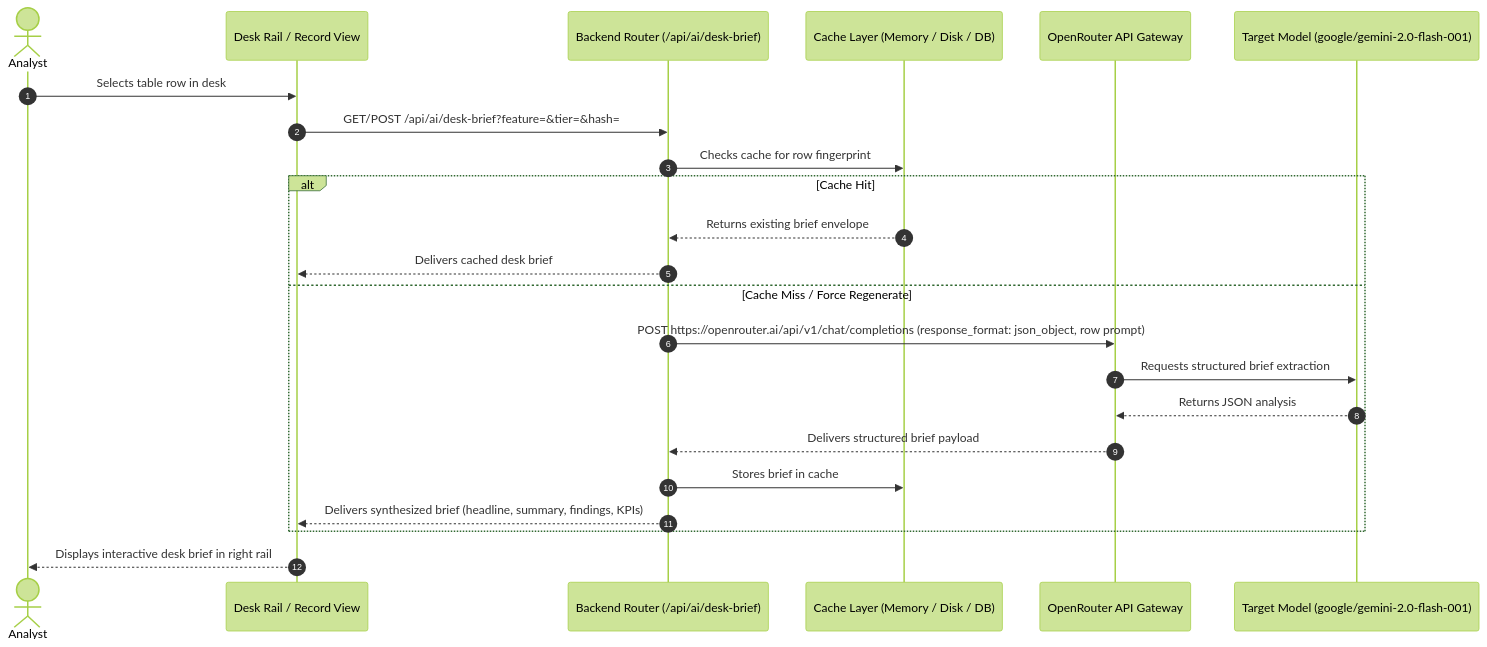
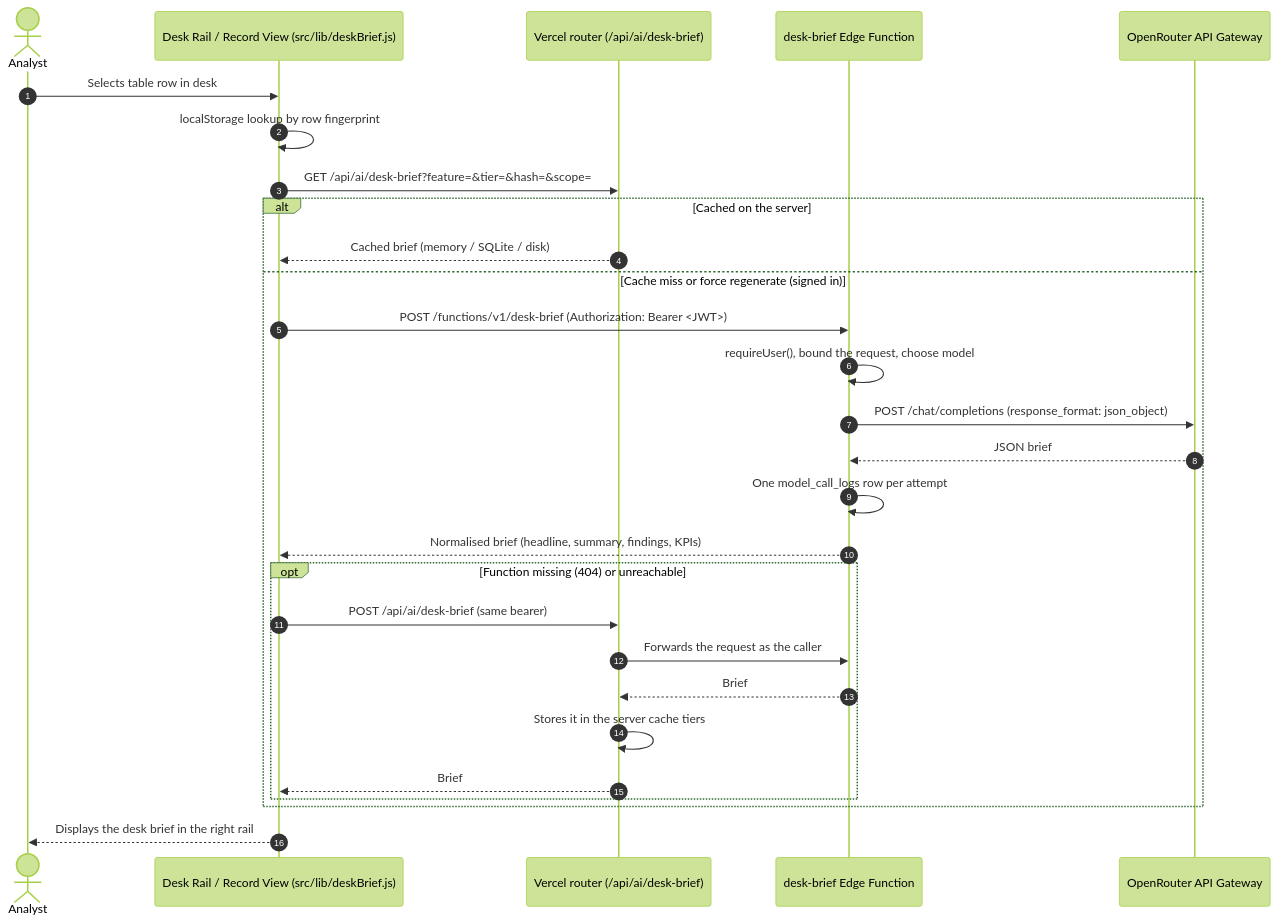
Before and after one commit to ddllabs/niyantran: the third of 8 diagrams in docs/flow.md, drawn with Mermaid (forest theme). The commit also changed other lines of this file and 11 other files, not shown here.

First line of the commit message:
docs: architecture and current-state docs match the code

````diff
--- a/docs/flow.md
+++ b/docs/flow.md
@@ -132,26 +116,31 @@
 ```mermaid
 sequenceDiagram
     autonumber
     actor Analyst as Analyst
-    participant Frontend as Desk Rail / Record View
-    participant Router as Backend Router (/api/ai/desk-brief)
-    participant Cache as Cache Layer (Memory / Disk / DB)
+    participant Frontend as Desk Rail / Record View (src/lib/deskBrief.js)
+    participant Router as Vercel router (/api/ai/desk-brief)
+    participant Edge as desk-brief Edge Function
     participant OpenRouter as OpenRouter API Gateway
-    participant LLM as Target Model (google/gemini-2.0-flash-001)
 
     Analyst->>Frontend: Selects table row in desk
-    Frontend->>Router: GET/POST /api/ai/desk-brief?feature=&tier=&hash=
-    Router->>Cache: Checks cache for row fingerprint
-    alt Cache Hit
-        Cache-->>Router: Returns existing brief envelope
-        Router-->>Frontend: Delivers cached desk brief
-    else Cache Miss / Force Regenerate
-        Router->>OpenRouter: POST https://openrouter.ai/api/v1/chat/completions (response_format: json_object, row prompt)
-        OpenRouter->>LLM: Requests structured brief extraction
-        LLM-->>OpenRouter: Returns JSON analysis
-        OpenRouter-->>Router: Delivers structured brief payload
-        Router->>Cache: Stores brief in cache
-        Router-->>Frontend: Delivers synthesized brief (headline, summary, findings, KPIs)
+    Frontend->>Frontend: localStorage lookup by row fingerprint
+    Frontend->>Router: GET /api/ai/desk-brief?feature=&tier=&hash=&scope=
+    alt Cached on the server
+        Router-->>Frontend: Cached brief (memory / SQLite / disk)
+    else Cache miss or force regenerate (signed in)
+        Frontend->>Edge: POST /functions/v1/desk-brief (Authorization: Bearer <JWT>)
+        Edge->>Edge: requireUser(), bound the request, choose model
+        Edge->>OpenRouter: POST /chat/completions (response_format: json_object)
+        OpenRouter-->>Edge: JSON brief
+        Edge->>Edge: One model_call_logs row per attempt
+        Edge-->>Frontend: Normalised brief (headline, summary, findings, KPIs)
+        opt Function missing (404) or unreachable
+            Frontend->>Router: POST /api/ai/desk-brief (same bearer)
+            Router->>Edge: Forwards the request as the caller
+            Edge-->>Router: Brief
+            Router->>Router: Stores it in the server cache tiers
+            Router-->>Frontend: Brief
+        end
     end
-    Frontend-->>Analyst: Displays interactive desk brief in right rail
+    Frontend-->>Analyst: Displays the desk brief in the right rail
 ```
````
